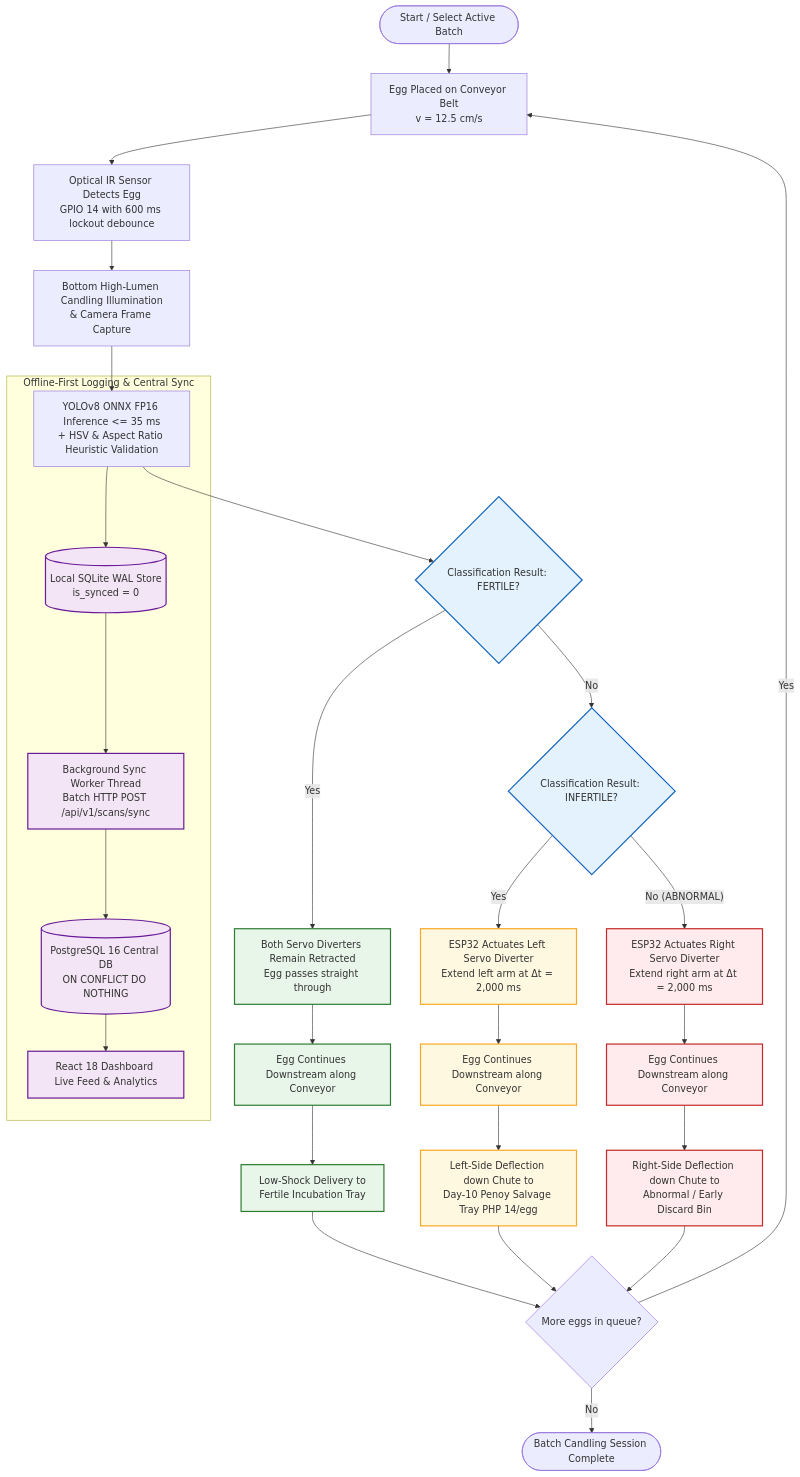
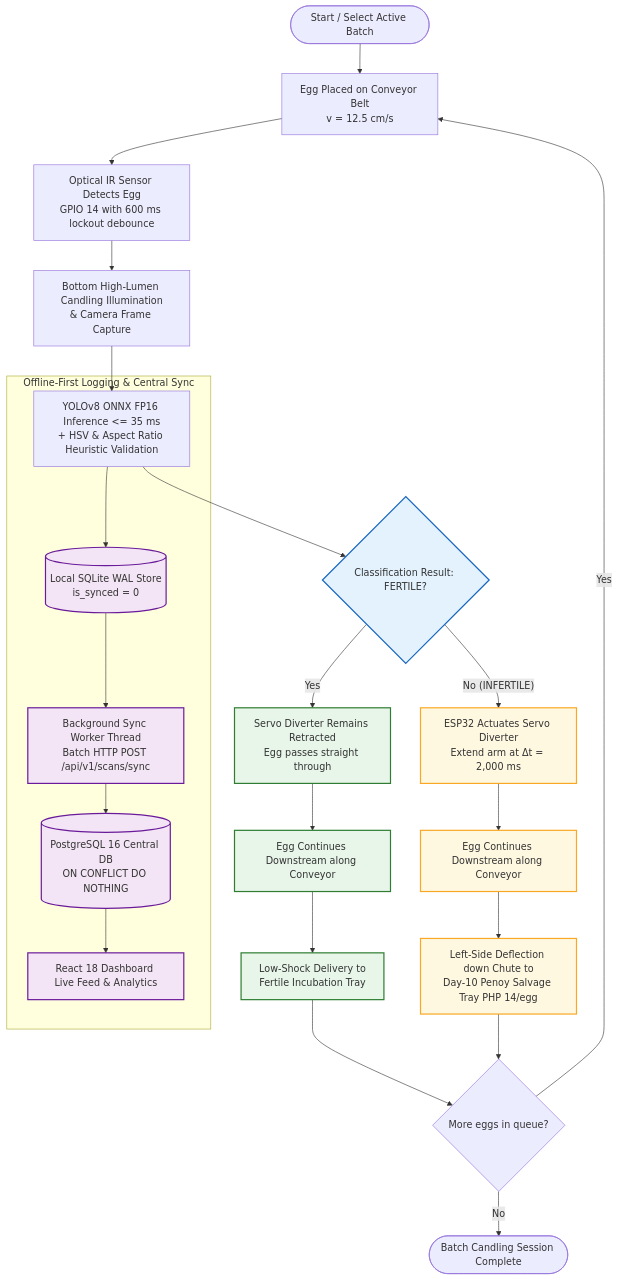
Before and after one commit to Dev-RyleR6/OvaLens-Ecosystem: the diagram in docs/diagrams/flowcharts/FERTILITY_CLASSIFICATION_PIPELINE.md, drawn with Mermaid. The commit also changed other lines of this file and 65 other files, not shown here.

````diff
--- a/docs/diagrams/flowcharts/FERTILITY_CLASSIFICATION_PIPELINE.md
+++ b/docs/diagrams/flowcharts/FERTILITY_CLASSIFICATION_PIPELINE.md
@@ -11,54 +11,43 @@
 ```mermaid
 flowchart TD
     START([Start / Select Active Batch]) --> S1[Egg Placed on Conveyor Belt\nv = 12.5 cm/s]
     S1 --> S2[Optical IR Sensor Detects Egg\nGPIO 14 with 600 ms lockout debounce]
     S2 --> S3[Bottom High-Lumen Candling Illumination\n& Camera Frame Capture]
     S3 --> S4[YOLOv8 ONNX FP16 Inference <= 35 ms\n+ HSV & Aspect Ratio Heuristic Validation]
     
     subgraph "Offline-First Logging & Central Sync"
         S4 --> L1[(Local SQLite WAL Store\nis_synced = 0)]
         L1 --> L2[Background Sync Worker Thread\nBatch HTTP POST /api/v1/scans/sync]
         L2 --> L3[(PostgreSQL 16 Central DB\nON CONFLICT DO NOTHING)]
         L3 --> L4[React 18 Dashboard Live Feed & Analytics]
     end
 
     S4 --> D1{Classification Result: FERTILE?}
     
     %% FERTILE PATH
-    D1 -- Yes --> F1[Both Servo Diverters Remain Retracted\nEgg passes straight through]
+    D1 -- Yes --> F1[Servo Diverter Remains Retracted\nEgg passes straight through]
     F1 --> F2[Egg Continues Downstream along Conveyor]
     F2 --> F3[Low-Shock Delivery to\nFertile Incubation Tray]
     
-    %% NOT FERTILE PATH
-    D1 -- No --> D2{Classification Result: INFERTILE?}
-    
     %% INFERTILE PATH
-    D2 -- Yes --> I1[ESP32 Actuates Left Servo Diverter\nExtend left arm at Δt = 2,000 ms]
+    D1 -- No (INFERTILE) --> I1[ESP32 Actuates Servo Diverter\nExtend arm at Δt = 2,000 ms]
     I1 --> I2[Egg Continues Downstream along Conveyor]
     I2 --> I3[Left-Side Deflection down Chute to\nDay-10 Penoy Salvage Tray PHP 14/egg]
-    
-    %% ABNORMAL PATH
-    D2 -- No (ABNORMAL) --> A1[ESP32 Actuates Right Servo Diverter\nExtend right arm at Δt = 2,000 ms]
-    A1 --> A2[Egg Continues Downstream along Conveyor]
-    A2 --> A3[Right-Side Deflection down Chute to\nAbnormal / Early Discard Bin]
     
     %% MERGE
     F3 --> LOOP{More eggs in queue?}
     I3 --> LOOP
-    A3 --> LOOP
     
     LOOP -- Yes --> S1
     LOOP -- No --> END([Batch Candling Session Complete])
 
     classDef fertile fill:#E8F5E9,stroke:#2E7D32,stroke-width:2px;
     classDef infertile fill:#FFF8E1,stroke:#F9A825,stroke-width:2px;
-    classDef abnormal fill:#FFEBEE,stroke:#C62828,stroke-width:2px;
     classDef decision fill:#E3F2FD,stroke:#1565C0,stroke-width:2px;
     classDef sync fill:#F3E5F5,stroke:#6A1B9A,stroke-width:2px;
 
     class F1,F2,F3 fertile;
     class I1,I2,I3 infertile;
-    class A1,A2,A3 abnormal;
-    class D1,D2 decision;
+    class D1 decision;
     class L1,L2,L3,L4 sync;
 ```
````
